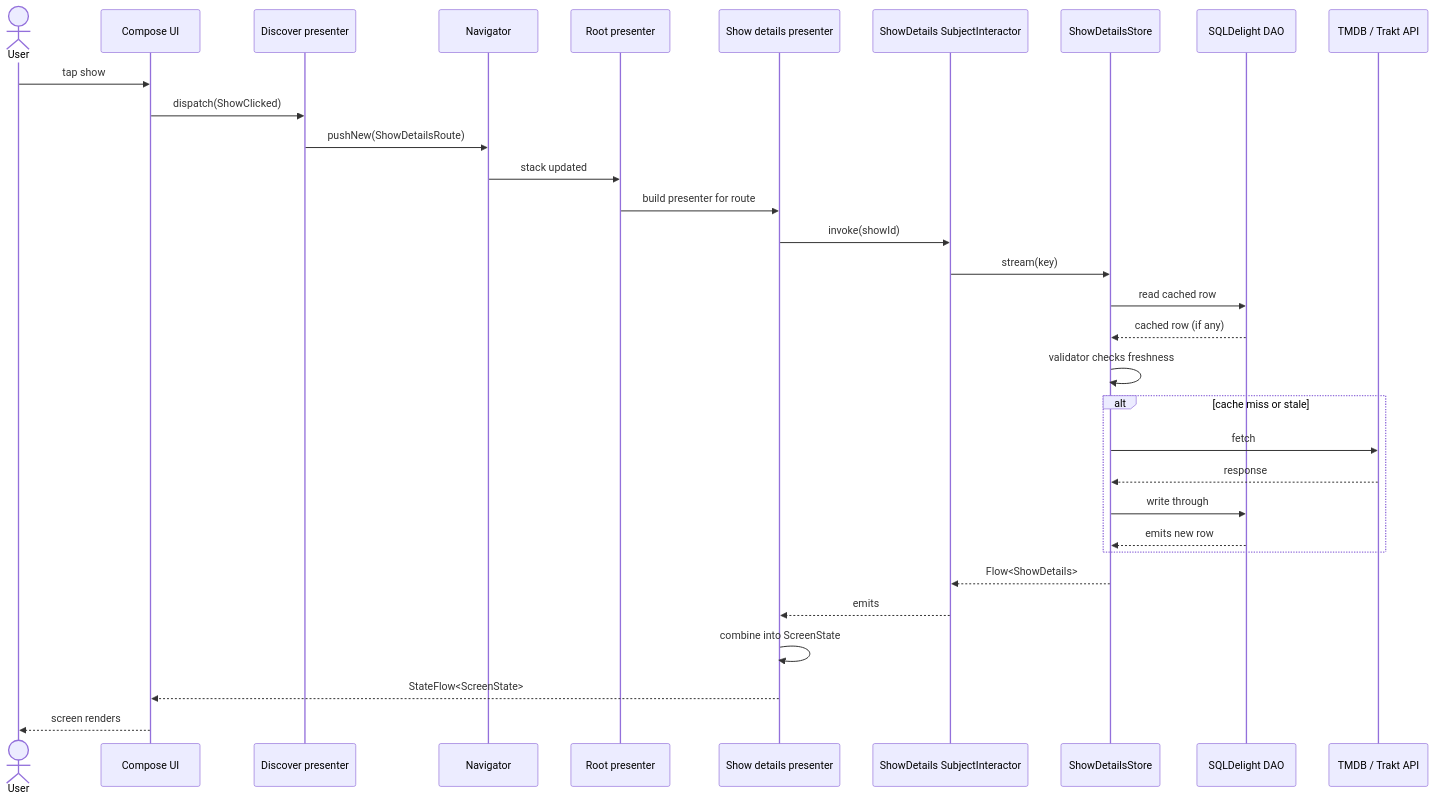
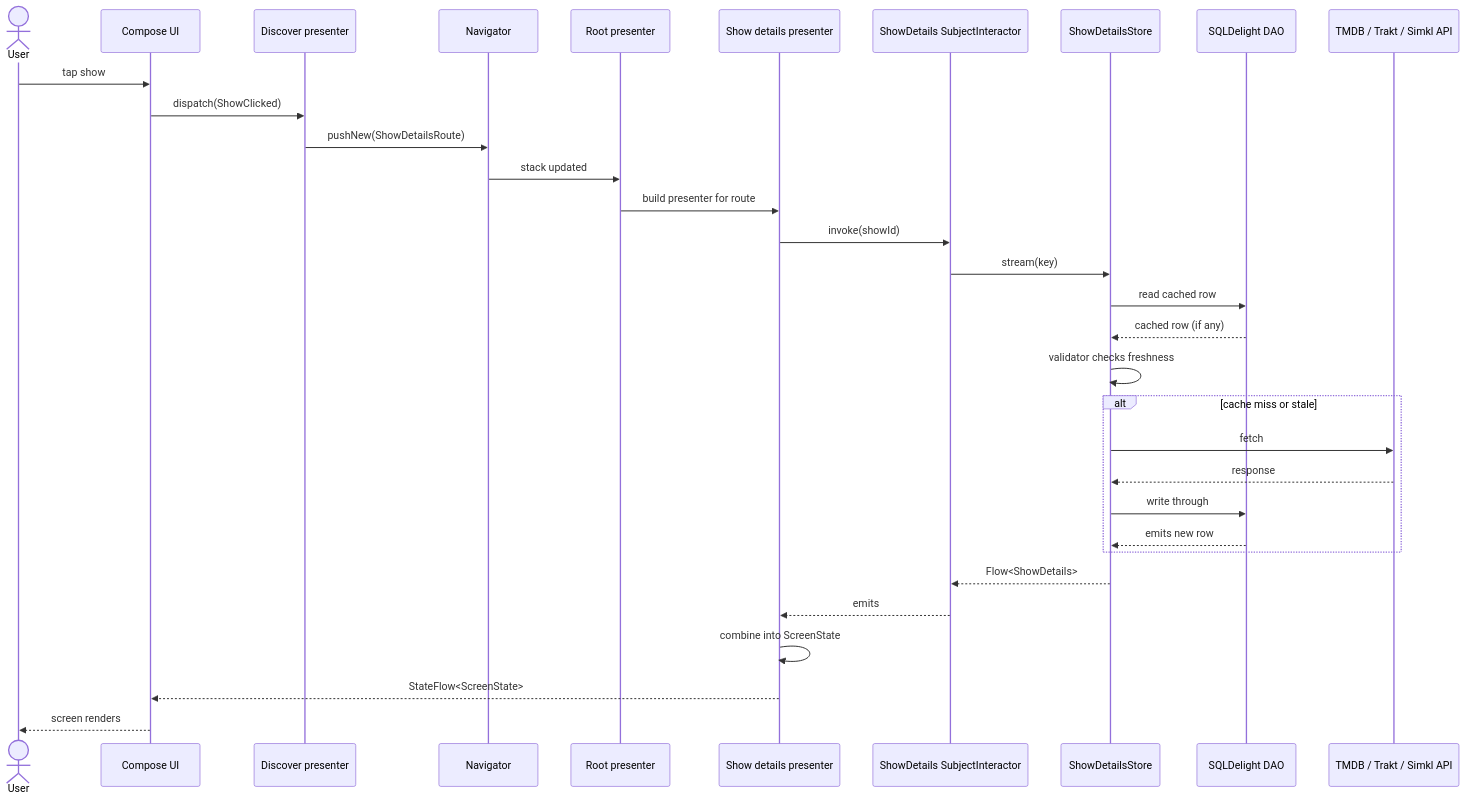
One commit to thomaskioko/tv-maniac changed the diagram in docs/architecture/README.md. Above: the diagram before and after it, drawn with Mermaid. The commit also changed 3 other files, not shown here.

````diff
--- a/docs/architecture/README.md
+++ b/docs/architecture/README.md
@@ -32,35 +32,35 @@
 ```mermaid
 sequenceDiagram
     actor User
     participant UI as Compose UI
     participant Presenter as Discover presenter
     participant Navigator as Navigator
     participant Root as Root presenter
     participant ShowDetails as Show details presenter
     participant Interactor as ShowDetails SubjectInteractor
     participant Store as ShowDetailsStore
     participant DAO as SQLDelight DAO
-    participant API as TMDB / Trakt API
+    participant API as TMDB / Trakt / Simkl API
 
     User->>UI: tap show
     UI->>Presenter: dispatch(ShowClicked)
     Presenter->>Navigator: pushNew(ShowDetailsRoute)
     Navigator->>Root: stack updated
     Root->>ShowDetails: build presenter for route
     ShowDetails->>Interactor: invoke(showId)
     Interactor->>Store: stream(key)
     Store->>DAO: read cached row
     DAO-->>Store: cached row (if any)
     Store->>Store: validator checks freshness
     alt cache miss or stale
         Store->>API: fetch
         API-->>Store: response
         Store->>DAO: write through
         DAO-->>Store: emits new row
     end
     Store-->>Interactor: Flow<ShowDetails>
     Interactor-->>ShowDetails: emits
     ShowDetails->>ShowDetails: combine into ScreenState
     ShowDetails-->>UI: StateFlow<ScreenState>
     UI-->>User: screen renders
 ```
````
